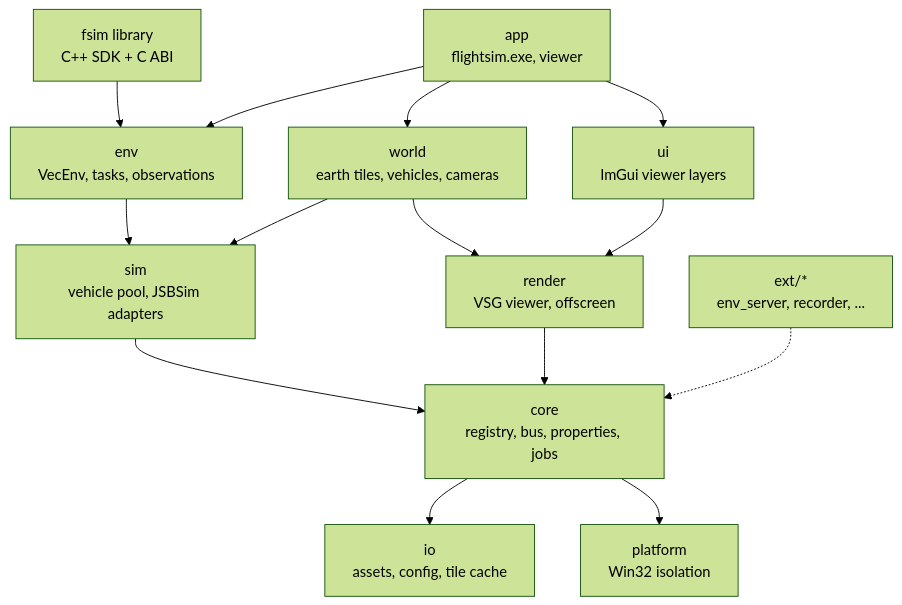
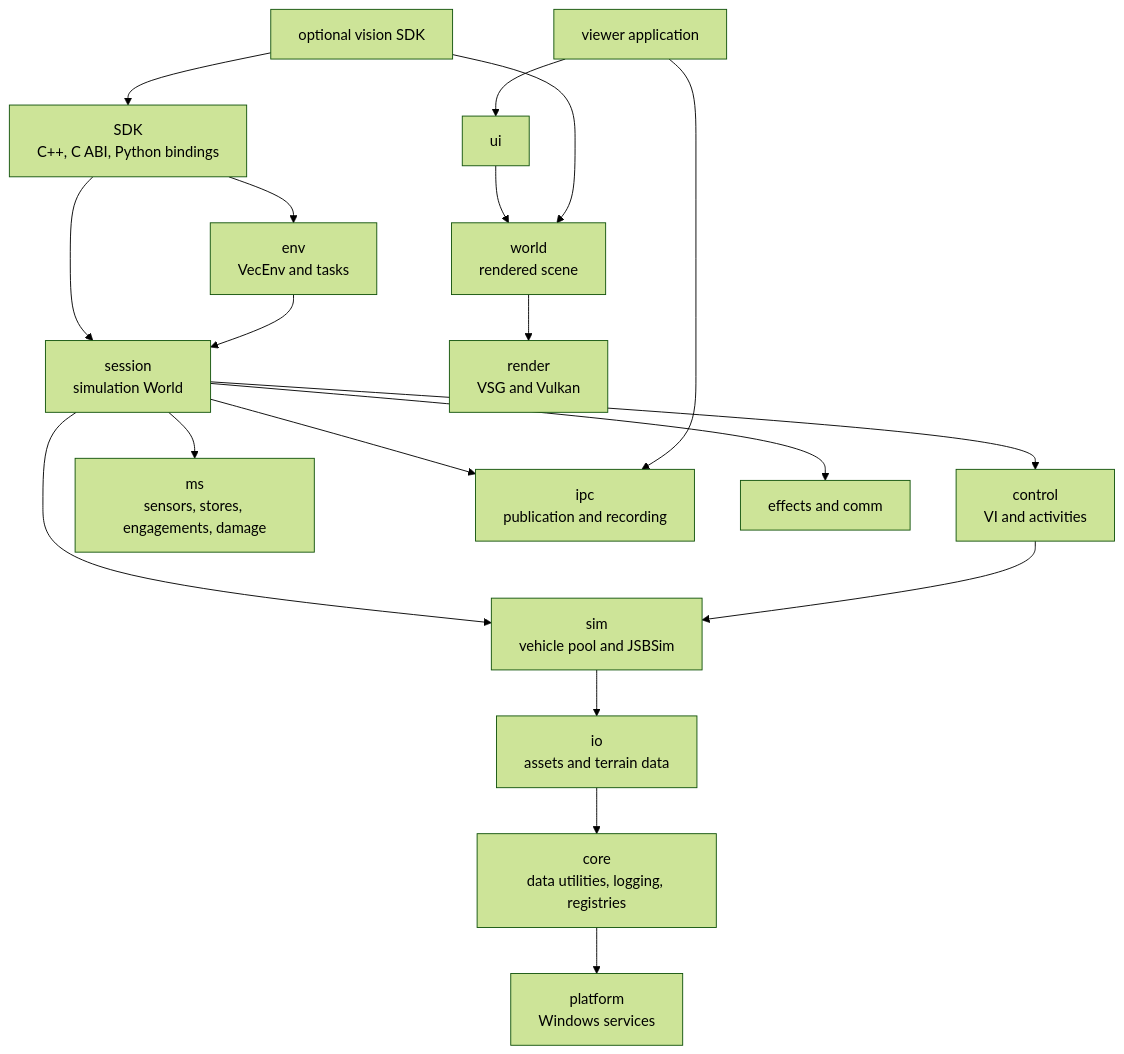
Before and after one commit to coasho/Super-DDCCSS-WWorld: the first of 5 diagrams in docs/FlightSim_System_Architecture_and_Design.md, drawn with Mermaid (forest theme). The commit also changed other lines of this file and 57 other files, not shown here.

````diff
--- a/docs/FlightSim_System_Architecture_and_Design.md
+++ b/docs/FlightSim_System_Architecture_and_Design.md
@@ -104,16 +111,21 @@
 ```mermaid
 flowchart TD
-    SDK[fsim library<br/>C++ SDK + C ABI] --> ENV
-    EXE[app<br/>flightsim.exe, viewer] --> ENV[env<br/>VecEnv, tasks, observations]
-    EXE --> WORLD[world<br/>earth tiles, vehicles, cameras]
-    EXE --> UI[ui<br/>ImGui viewer layers]
-    ENV --> SIM[sim<br/>vehicle pool, JSBSim adapters]
-    WORLD --> SIM
-    WORLD --> RENDER[render<br/>VSG viewer, offscreen]
-    UI --> RENDER
-    SIM --> CORE[core<br/>registry, bus, properties, jobs]
-    RENDER --> CORE
-    CORE --> IO[io<br/>assets, config, tile cache]
-    CORE --> PLATFORM[platform<br/>Win32 isolation]
-    EXT[ext/*<br/>env_server, recorder, ...] -.-> CORE
+    SDK[SDK<br/>C++, C ABI, Python bindings] --> ENV[env<br/>VecEnv and tasks]
+    SDK --> SESSION[session<br/>simulation World]
+    ENV --> SESSION
+    SESSION --> CONTROL[control<br/>VI and activities]
+    SESSION --> MS[ms<br/>sensors, stores, engagements, damage]
+    SESSION --> SIM[sim<br/>vehicle pool and JSBSim]
+    SESSION --> IPC[ipc<br/>publication and recording]
+    SESSION --> SERVICES[effects and comm]
+    CONTROL --> SIM
+    SIM --> IO[io<br/>assets and terrain data]
+    IO --> CORE[core<br/>data utilities, logging, registries]
+    CORE --> PLATFORM[platform<br/>Windows services]
+    VIEWER[viewer application] --> UI[ui]
+    VIEWER --> IPC
+    UI --> WORLD[world<br/>rendered scene]
+    WORLD --> RENDER[render<br/>VSG and Vulkan]
+    VISION[optional vision SDK] --> WORLD
+    VISION --> SDK
 ```
````
